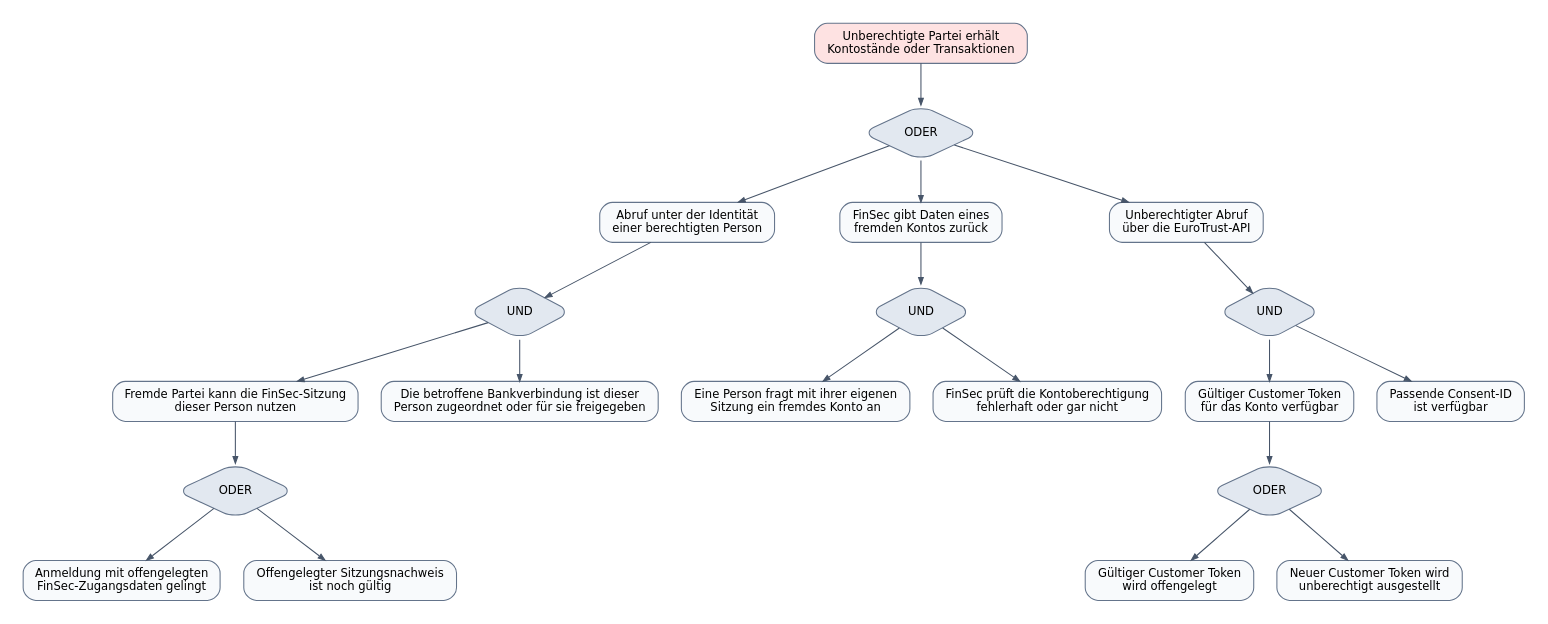
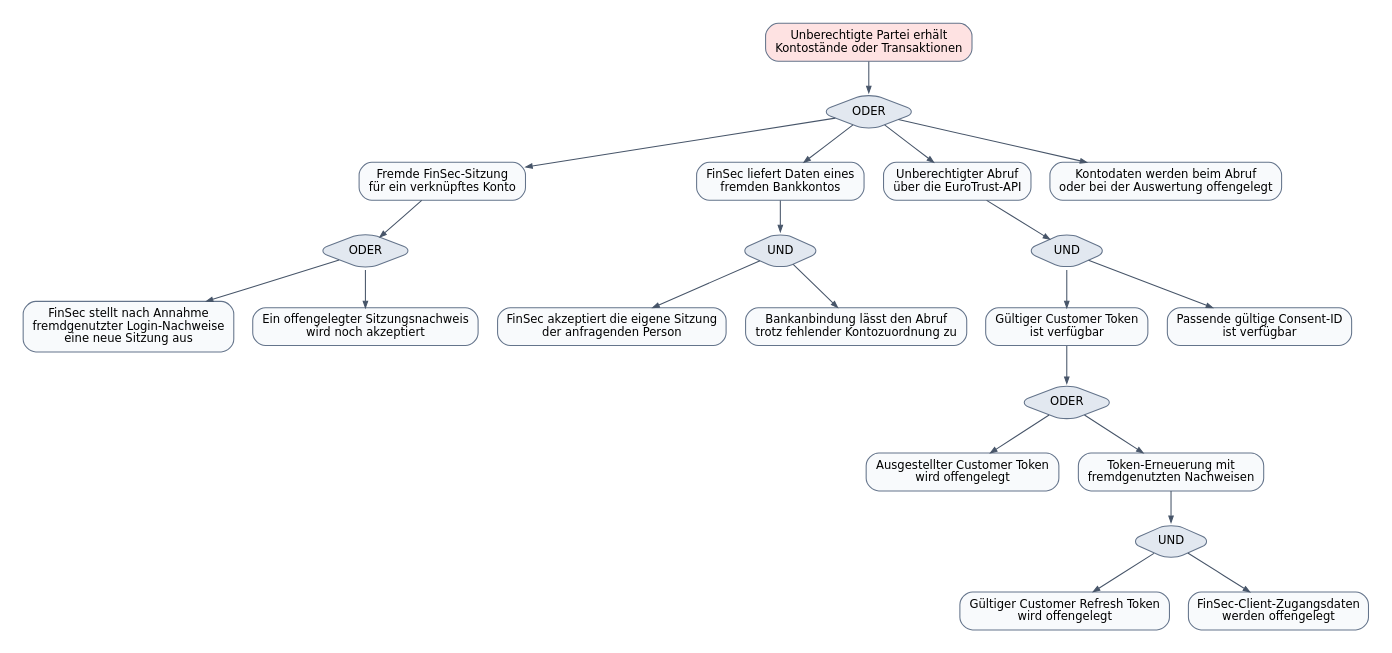
The diagram in docs/diagramme/4.1.1-attack-tree.dot (niklas9234/sichso_work), drawn with Graphviz before and after one commit. The commit also changed 4 other files, not shown here.

Commit message:
Align attack tree with current FinSec architecture

```diff
--- a/docs/diagramme/4.1.1-attack-tree.dot
+++ b/docs/diagramme/4.1.1-attack-tree.dot
@@ -1,77 +1,42 @@
 digraph AttackTree {
-    graph [
-        rankdir=TB,
-        bgcolor="white",
-        splines=polyline,
-        nodesep=0.3,
-        ranksep=0.55,
-        pad=0.2
-    ]
-    node [
-        shape=box,
-        style="rounded,filled",
-        fillcolor="#f8fafc",
-        color="#64748b",
-        fontname="DejaVu Sans",
-        fontsize=11,
-        margin="0.16,0.10"
-    ]
-    edge [color="#475569", arrowsize=0.65]
+    graph [rankdir=TB, bgcolor="white", splines=line, nodesep=0.25, ranksep=0.42, pad=0.2,
+           ordering=out]
+    node [shape=box, style="rounded,filled", fillcolor="#f8fafc", color="#64748b",
+          fontname="DejaVu Sans", fontsize=11, margin="0.12,0.08"]
+    edge [color="#475569", arrowsize=0.6]
 
-    root [
-        label="Unberechtigte Partei erhält\nKontostände oder Transaktionen",
-        fillcolor="#fee2e2"
-    ]
+    root [label="Unberechtigte Partei erhält\nKontostände oder Transaktionen", fillcolor="#fee2e2"]
+    root_gate [shape=diamond, label="ODER", fillcolor="#e2e8f0"]
+    session [label="Fremde FinSec-Sitzung\nfür ein verknüpftes Konto"]
+    session_gate [shape=diamond, label="ODER", fillcolor="#e2e8f0"]
+    login [label="FinSec stellt nach Annahme\nfremdgenutzter Login-Nachweise\neine neue Sitzung aus"]
+    session_proof [label="Ein offengelegter Sitzungsnachweis\nwird noch akzeptiert"]
+    wrong_account [label="FinSec liefert Daten eines\nfremden Bankkontos"]
+    wrong_account_gate [shape=diamond, label="UND", fillcolor="#e2e8f0"]
+    own_session [label="FinSec akzeptiert die eigene Sitzung\nder anfragenden Person"]
+    binding [label="Bankanbindung lässt den Abruf\ntrotz fehlender Kontozuordnung zu"]
+    bank [label="Unberechtigter Abruf\nüber die EuroTrust-API"]
+    bank_gate [shape=diamond, label="UND", fillcolor="#e2e8f0"]
+    customer_token [label="Gültiger Customer Token\nist verfügbar"]
+    customer_token_gate [shape=diamond, label="ODER", fillcolor="#e2e8f0"]
+    exposed_token [label="Ausgestellter Customer Token\nwird offengelegt"]
+    renewal [label="Token-Erneuerung mit\nfremdgenutzten Nachweisen"]
+    renewal_gate [shape=diamond, label="UND", fillcolor="#e2e8f0"]
+    refresh [label="Gültiger Customer Refresh Token\nwird offengelegt"]
+    client [label="FinSec-Client-Zugangsdaten\nwerden offengelegt"]
+    consent [label="Passende gültige Consent-ID\nist verfügbar"]
+    runtime [label="Kontodaten werden beim Abruf\noder bei der Auswertung offengelegt"]
 
-    root_or     [shape=diamond, label="ODER", fillcolor="#e2e8f0"]
-    session_and [shape=diamond, label="UND", fillcolor="#e2e8f0"]
-    session_or  [shape=diamond, label="ODER", fillcolor="#e2e8f0"]
-    access_and  [shape=diamond, label="UND", fillcolor="#e2e8f0"]
-    bank_and    [shape=diamond, label="UND", fillcolor="#e2e8f0"]
-    token_or    [shape=diamond, label="ODER", fillcolor="#e2e8f0"]
-
-    session [label="Abruf unter der Identität\neiner berechtigten Person"]
-    access  [label="FinSec gibt Daten eines\nfremden Kontos zurück"]
-    bank    [label="Unberechtigter Abruf\nüber die EuroTrust-API"]
-
-    session_available [
-        label="Fremde Partei kann die FinSec-Sitzung\ndieser Person nutzen"
-    ]
-    session_scope [
-        label="Die betroffene Bankverbindung ist dieser\nPerson zugeordnet oder für sie freigegeben"
-    ]
-    login [
-        label="Anmeldung mit offengelegten\nFinSec-Zugangsdaten gelingt"
-    ]
-    session_proof [
-        label="Offengelegter Sitzungsnachweis\nist noch gültig"
-    ]
-
-    foreign_account [
-        label="Eine Person fragt mit ihrer eigenen\nSitzung ein fremdes Konto an"
-    ]
-    missing_check [
-        label="FinSec prüft die Kontoberechtigung\nfehlerhaft oder gar nicht"
-    ]
-
-    customer_token [label="Gültiger Customer Token\nfür das Konto verfügbar"]
-    consent        [label="Passende Consent-ID\nist verfügbar"]
-    token_exposed  [label="Gültiger Customer Token\nwird offengelegt"]
-    token_issued   [label="Neuer Customer Token wird\nunberechtigt ausgestellt"]
-
-    root -> root_or
-    root_or -> { session access bank }
-
-    session -> session_and
-    session_and -> { session_available session_scope }
-    session_available -> session_or
-    session_or -> { login session_proof }
-
-    access -> access_and
-    access_and -> { foreign_account missing_check }
-
-    bank -> bank_and
-    bank_and -> { customer_token consent }
-    customer_token -> token_or
-    token_or -> { token_exposed token_issued }
+    root -> root_gate
+    root_gate -> { session wrong_account bank runtime }
+    session -> session_gate
+    session_gate -> { login session_proof }
+    wrong_account -> wrong_account_gate
+    wrong_account_gate -> { own_session binding }
+    bank -> bank_gate
+    bank_gate -> { customer_token consent }
+    customer_token -> customer_token_gate
+    customer_token_gate -> { exposed_token renewal }
+    renewal -> renewal_gate
+    renewal_gate -> { refresh client }
 }
```
